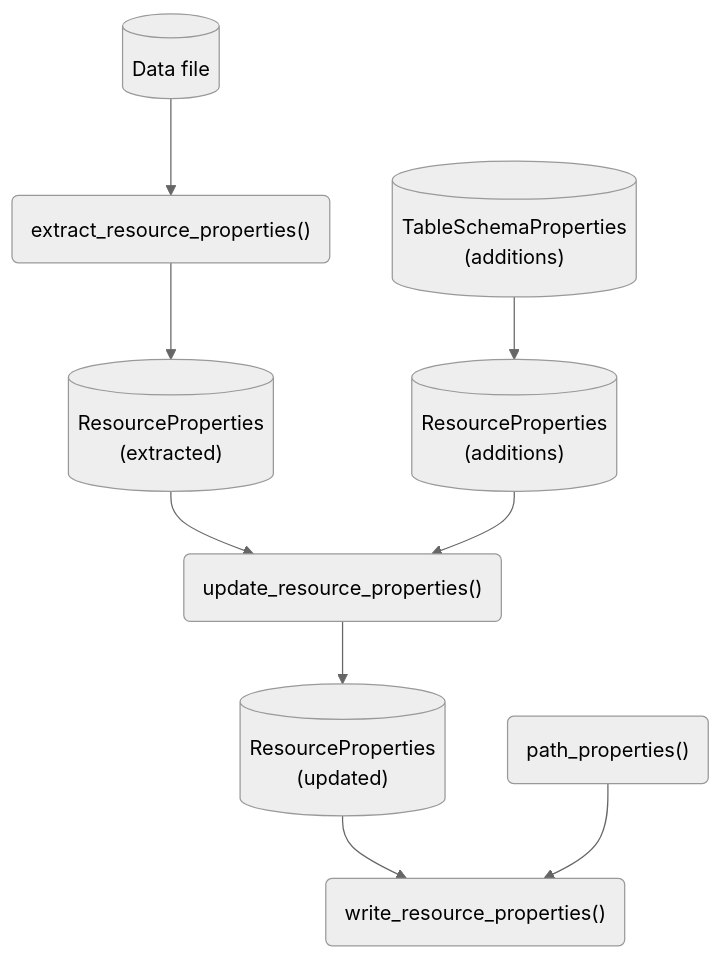
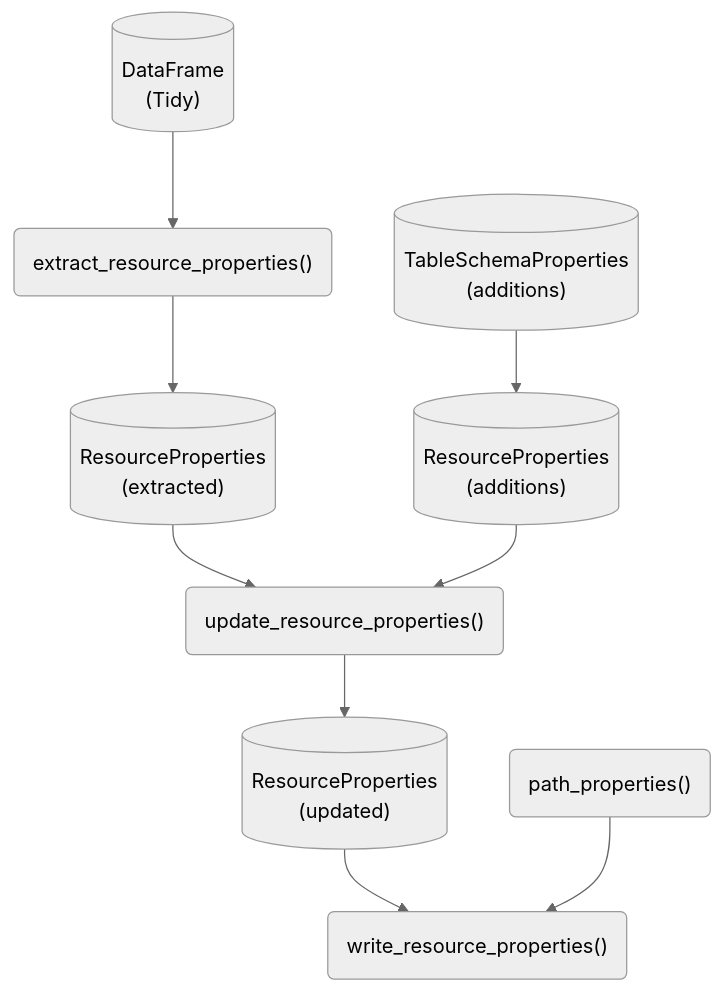
The third of 8 diagrams in docs/design/interface/flows.qmd (seedcase-project/seedcase-sprout), drawn with Mermaid (neutral theme) before and after one commit. The commit also changed 1 other file, not shown here.

Commit message:
docs: :building_construction: extract takes a dataframe

````diff
--- a/docs/design/interface/flows.qmd
+++ b/docs/design/interface/flows.qmd
@@ -98,24 +98,24 @@
 ```{mermaid}
 %%| label: fig-flow-extract-resource-properties
 %%| fig-cap: "Diagram showing the flow of objects and functions to extract resource properties from data."
 %%| fig-alt: "A flow diagram showing the steps to extract resource properties from data."
 flowchart
-    data_file[(Data file)]
+    data[("DataFrame<br>(Tidy)")]
     properties_extracted[("ResourceProperties<br>(extracted)")]
     properties_updates[("ResourceProperties<br>(additions)")]
     schema_properties_updates[("TableSchemaProperties<br>(additions)")]
     properties_updated[("ResourceProperties<br>(updated)")]
     update_resource_properties("update_resource_properties()")
     path_properties("path_properties()")
     extract_resource_properties("extract_resource_properties()")
     write_resource_properties("write_resource_properties()")
 
-    data_file --> extract_resource_properties
+    data --> extract_resource_properties
     extract_resource_properties --> properties_extracted
     properties_extracted --> update_resource_properties
     schema_properties_updates --> properties_updates
     properties_updates --> update_resource_properties
     update_resource_properties --> properties_updated
     properties_updated --> write_resource_properties
     path_properties --> write_resource_properties
 ```
````
